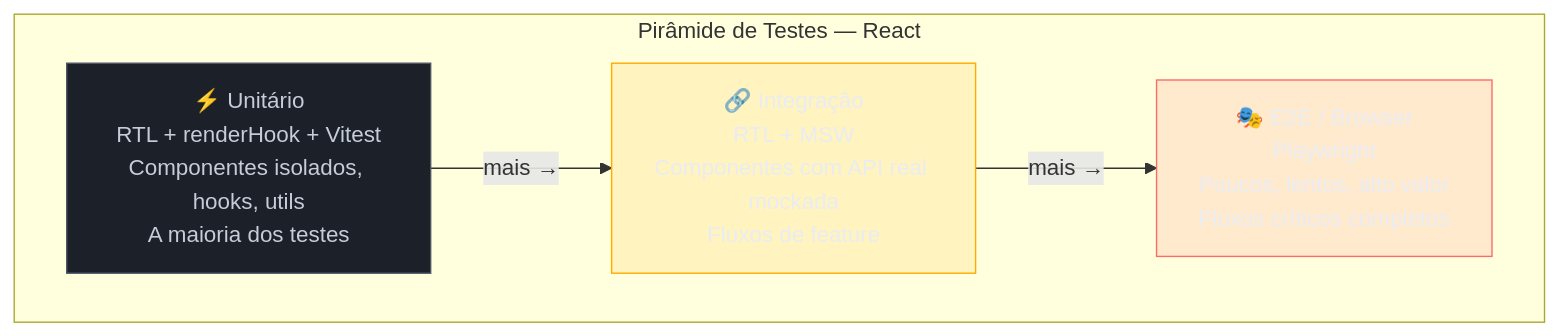
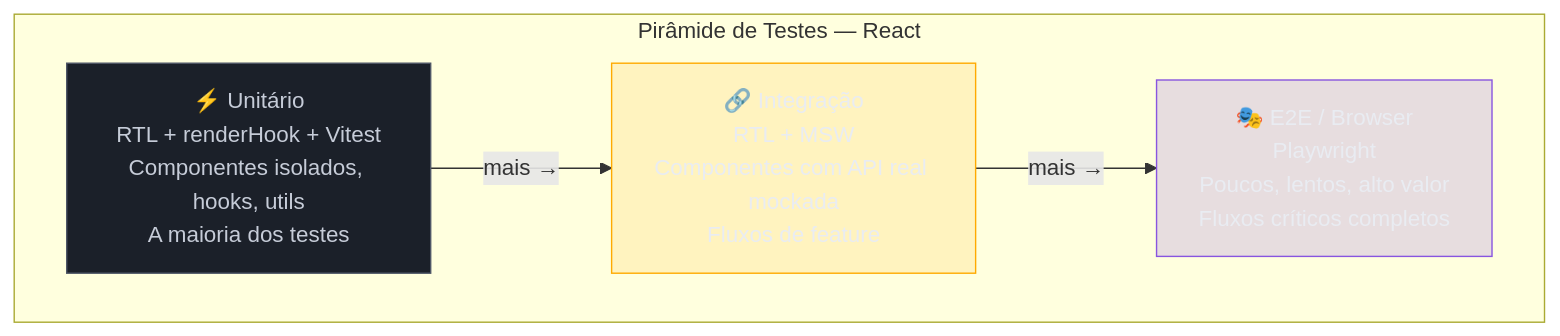
One commit to josenaldo/codex-technomanticus changed the first of 3 diagrams in 03-Dominios/Tecnologia/React/React core/25 - Testing React.md. Above: the diagram before and after it, drawn with Mermaid. The commit also changed other lines of this file and 601 other files, not shown here.

````diff
--- a/03-Dominios/Tecnologia/React/React core/25 - Testing React.md
+++ b/03-Dominios/Tecnologia/React/React core/25 - Testing React.md
@@ -55,18 +55,18 @@
 ```mermaid
 graph TB
+    classDef marca fill:#8855DF33,stroke:#8855DF,color:#E9ECF2
     classDef neutro fill:#1B2029,stroke:#4E5666,color:#C6CCD8
     classDef destaque fill:#FFAA0024,stroke:#FFAA00,color:#E9ECF2
-    classDef falha fill:#FF6B6B24,stroke:#FF6B6B,color:#E9ECF2
     subgraph Pirâmide["Pirâmide de Testes — React"]
         E2E["🎭 E2E / Browser\nPlaywright\nPoucos, lentos, alto valor\nFluxos críticos completos"]
         INT["🔗 Integração\nRTL + MSW\nComponentes com API real mockada\nFluxos de feature"]
         UNIT["⚡ Unitário\nRTL + renderHook + Vitest\nComponentes isolados, hooks, utils\nA maioria dos testes"]
     end
 
     UNIT -->|"mais →"| INT
     INT -->|"mais →"| E2E
 
     class UNIT neutro
     class INT destaque
-    class E2E falha
+    class E2E marca
 ```
````
